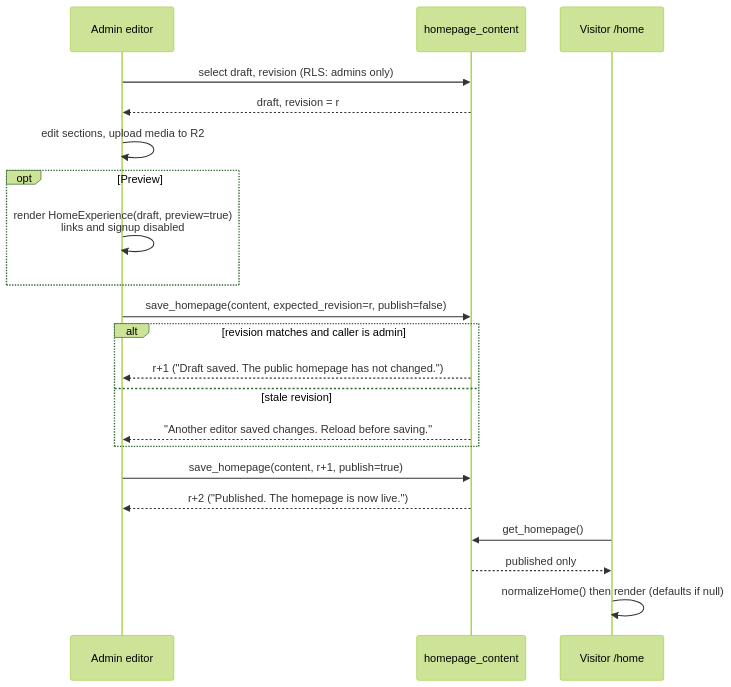
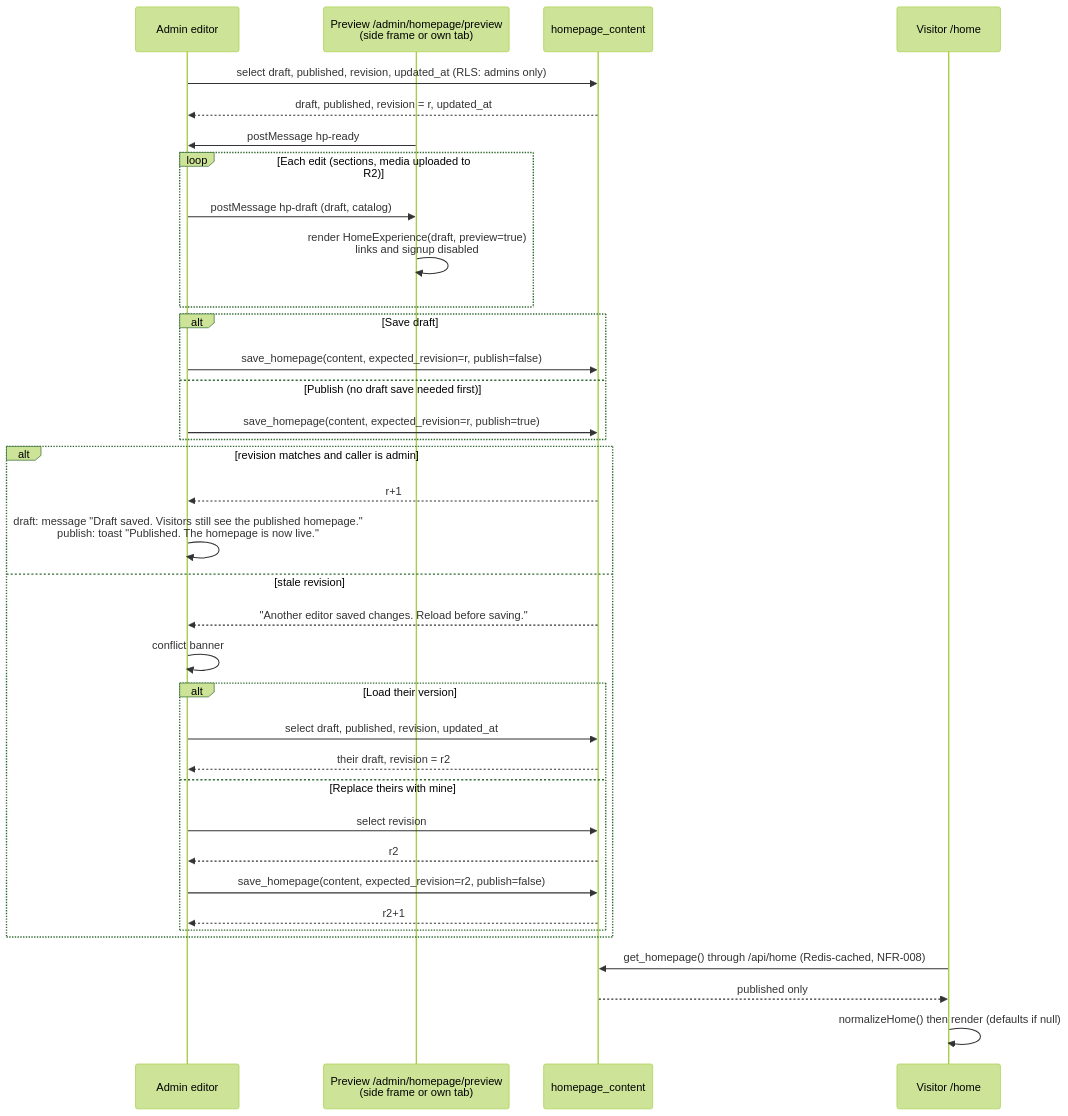
The diagram in diagrams/homepage-publish-sequence.md (manishkumarveo-jpg/Gauddly), drawn with Mermaid (forest theme) before and after one commit. The commit also changed 71 other files, not shown here.

First line of the commit message:
feat: homepage studio, garment editor, rate limits and Redis catalog cache

````diff
--- a/diagrams/homepage-publish-sequence.md
+++ b/diagrams/homepage-publish-sequence.md
@@ -5,24 +5,39 @@
 ```mermaid
 sequenceDiagram
   participant A as Admin editor
+  participant P as Preview /admin/homepage/preview<br/>(side frame or own tab)
   participant DB as homepage_content
   participant V as Visitor /home
 
-  A->>DB: select draft, revision (RLS: admins only)
-  DB-->>A: draft, revision = r
-  A->>A: edit sections, upload media to R2
-  opt Preview
-    A->>A: render HomeExperience(draft, preview=true)<br/>links and signup disabled
+  A->>DB: select draft, published, revision, updated_at (RLS: admins only)
+  DB-->>A: draft, published, revision = r, updated_at
+  P->>A: postMessage hp-ready
+  loop Each edit (sections, media uploaded to R2)
+    A->>P: postMessage hp-draft (draft, catalog)
+    P->>P: render HomeExperience(draft, preview=true)<br/>links and signup disabled
   end
-  A->>DB: save_homepage(content, expected_revision=r, publish=false)
+  alt Save draft
+    A->>DB: save_homepage(content, expected_revision=r, publish=false)
+  else Publish (no draft save needed first)
+    A->>DB: save_homepage(content, expected_revision=r, publish=true)
+  end
   alt revision matches and caller is admin
-    DB-->>A: r+1 ("Draft saved. The public homepage has not changed.")
+    DB-->>A: r+1
+    A->>A: draft: message "Draft saved. Visitors still see the published homepage."<br/>publish: toast "Published. The homepage is now live."
   else stale revision
     DB-->>A: "Another editor saved changes. Reload before saving."
+    A->>A: conflict banner
+    alt Load their version
+      A->>DB: select draft, published, revision, updated_at
+      DB-->>A: their draft, revision = r2
+    else Replace theirs with mine
+      A->>DB: select revision
+      DB-->>A: r2
+      A->>DB: save_homepage(content, expected_revision=r2, publish=false)
+      DB-->>A: r2+1
+    end
   end
-  A->>DB: save_homepage(content, r+1, publish=true)
-  DB-->>A: r+2 ("Published. The homepage is now live.")
-  V->>DB: get_homepage()
+  V->>DB: get_homepage() through /api/home (Redis-cached, NFR-008)
   DB-->>V: published only
   V->>V: normalizeHome() then render (defaults if null)
 ```
````
